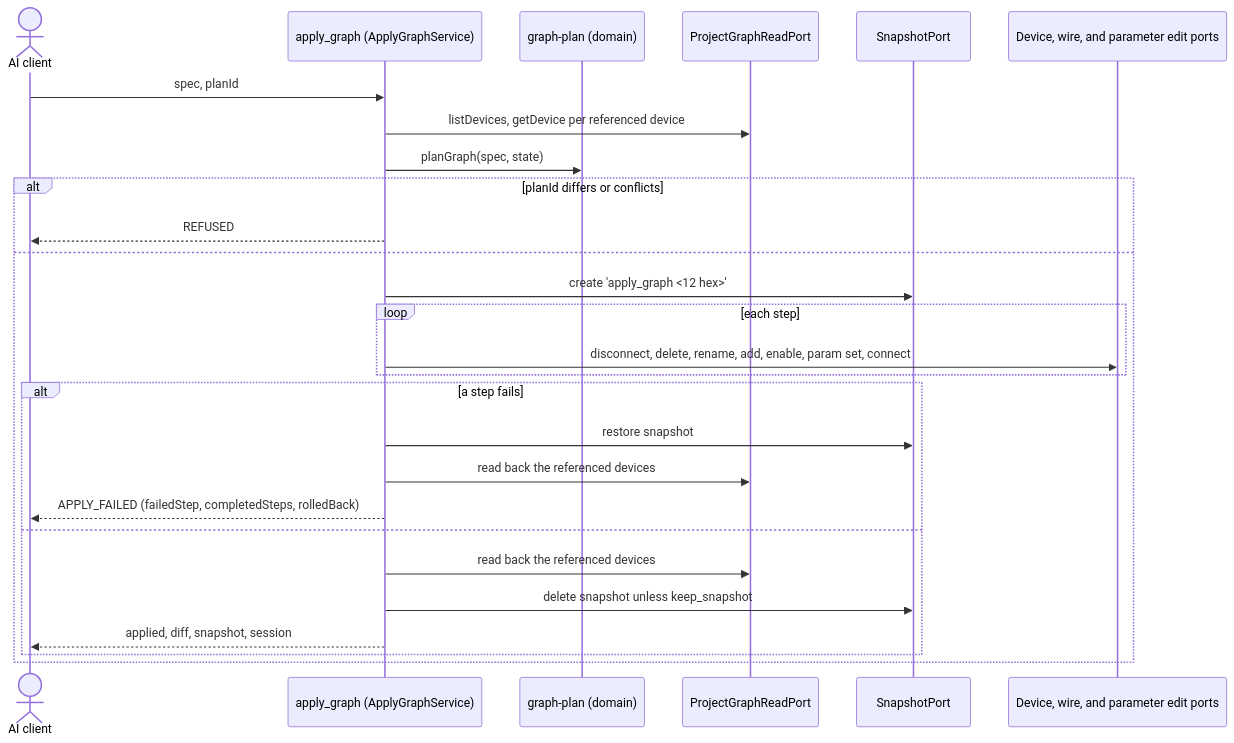
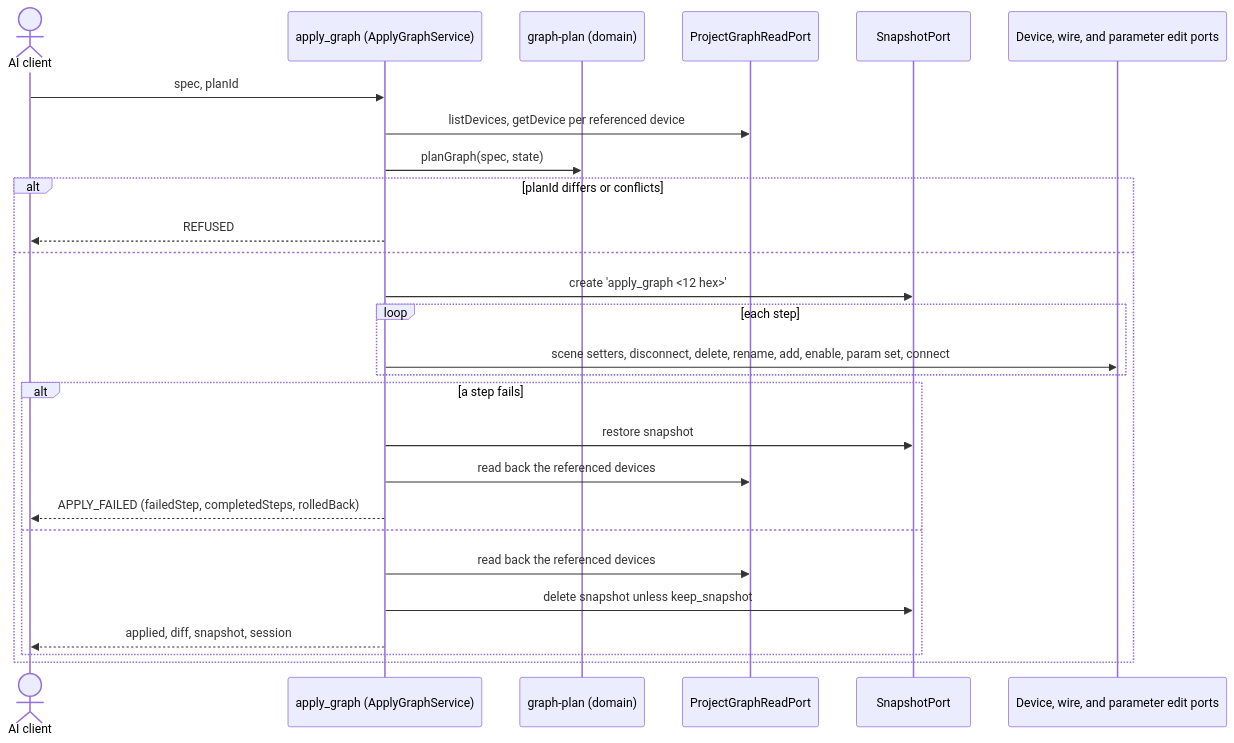
Before and after one commit to pveeckhout/worldmachine-mcp: the diagram in docs/superpowers/specs/2026-10-06-worldmachine-mcp-v3-design.md, drawn with Mermaid. The commit also changed other lines of this file, not shown here.

Commit message:
docs(spec): add scene settings to the graph spec as v3 revision 8

````diff
--- a/docs/superpowers/specs/2026-10-06-worldmachine-mcp-v3-design.md
+++ b/docs/superpowers/specs/2026-10-06-worldmachine-mcp-v3-design.md
@@ -202,29 +213,29 @@
 ```mermaid
 sequenceDiagram
   actor AI as AI client
   participant A as apply_graph (ApplyGraphService)
   participant D as graph-plan (domain)
   participant R as ProjectGraphReadPort
   participant S as SnapshotPort
   participant E as Device, wire, and parameter edit ports
   AI->>A: spec, planId
   A->>R: listDevices, getDevice per referenced device
   A->>D: planGraph(spec, state)
   alt planId differs or conflicts
     A-->>AI: REFUSED
   else
     A->>S: create 'apply_graph <12 hex>'
     loop each step
-      A->>E: disconnect, delete, rename, add, enable, param set, connect
+      A->>E: scene setters, disconnect, delete, rename, add, enable, param set, connect
     end
     alt a step fails
       A->>S: restore snapshot
       A->>R: read back the referenced devices
       A-->>AI: APPLY_FAILED (failedStep, completedSteps, rolledBack)
     else
       A->>R: read back the referenced devices
       A->>S: delete snapshot unless keep_snapshot
       A-->>AI: applied, diff, snapshot, session
     end
   end
 ```
````
